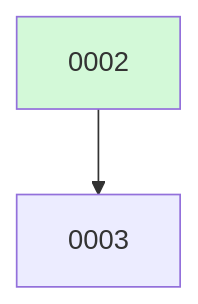
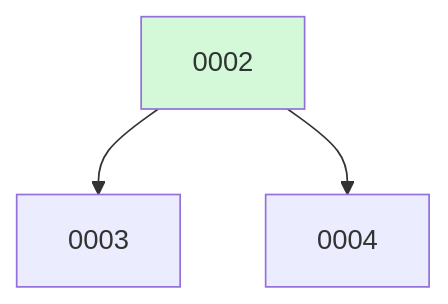
The diagram in docs/changes/BOARD.md (ethanhinson/fuse), drawn with Mermaid before and after one commit. The commit also changed other lines of this file, not shown here.

````diff
--- a/docs/changes/BOARD.md
+++ b/docs/changes/BOARD.md
@@ -11,6 +12,7 @@
 ```mermaid
 graph TD
   0002 --> 0003
+  0002 --> 0004
   0002:::done
   classDef done fill:#d3f9d8;
 ```
````
